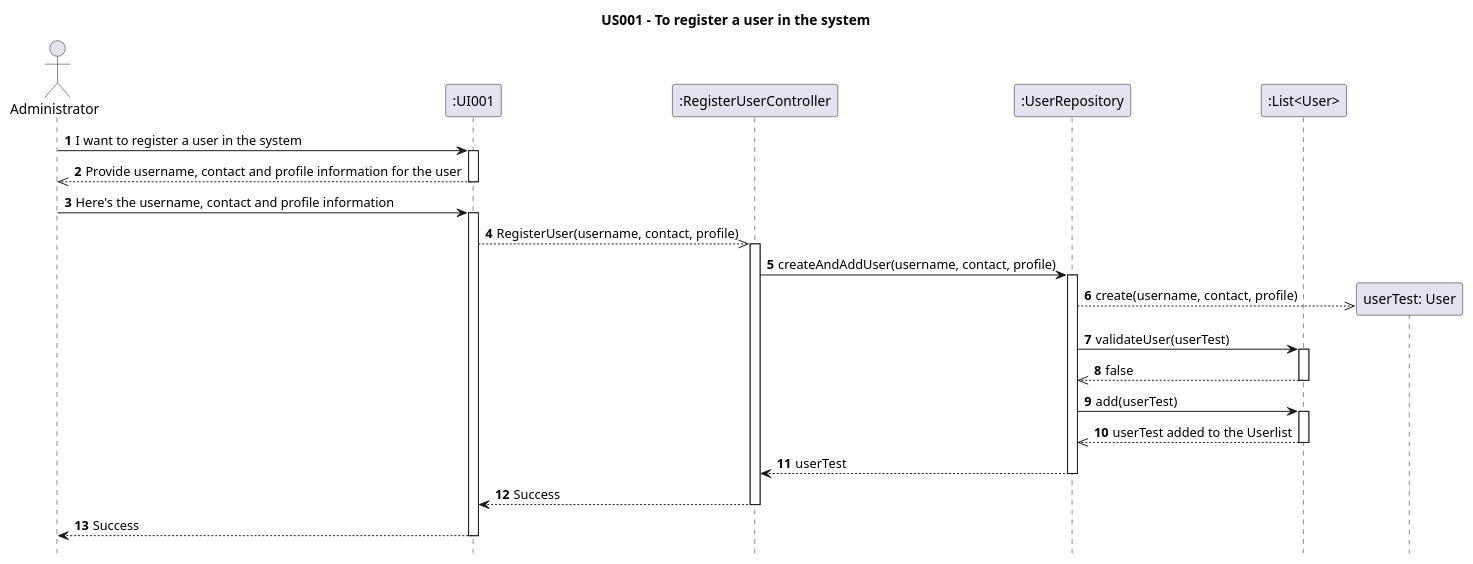
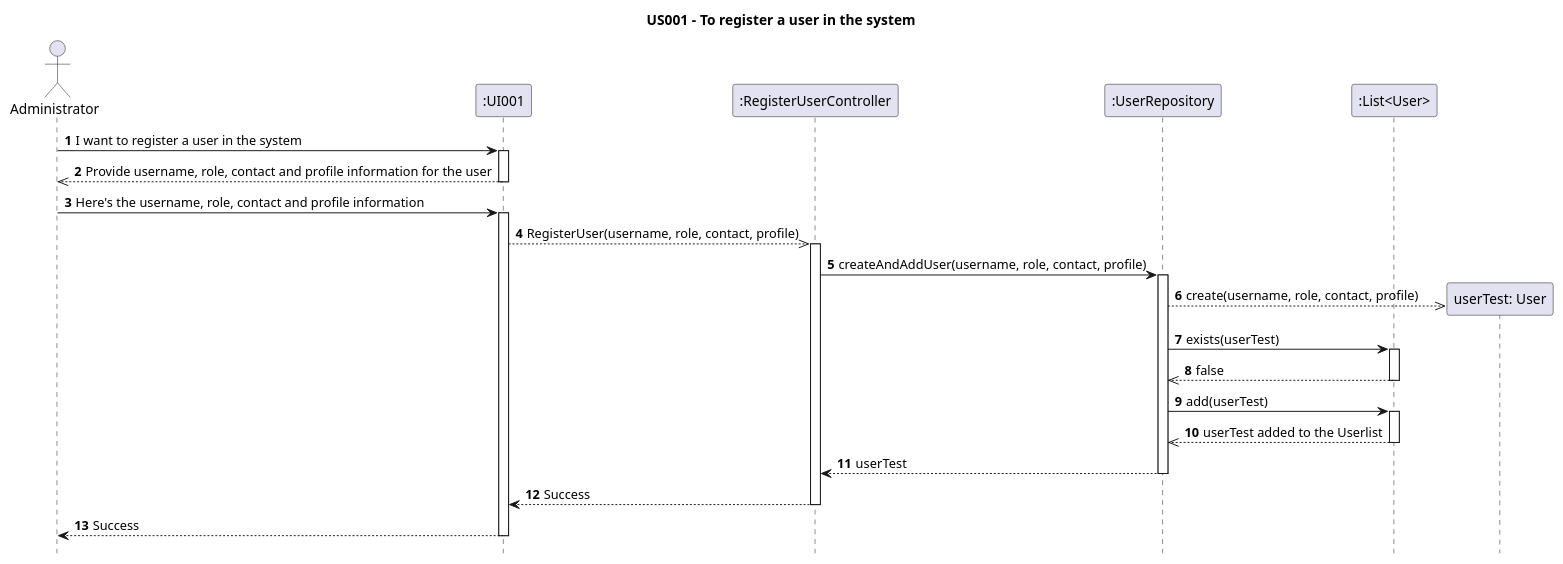
The diagram in Diagrams/SequenceDiagrams/N2/US001-to-register-a-user.puml (AndrePereiraGitH/SWitCH-Project-Team_A), drawn with PlantUML before and after one commit. The commit also changed 2 other files, not shown here.

Commit message:
Working on #210, Refactor US004 diagrams to introduce FactoryAppraisalEntity for object creation

```diff
--- a/Diagrams/SequenceDiagrams/N2/US001-to-register-a-user.puml
+++ b/Diagrams/SequenceDiagrams/N2/US001-to-register-a-user.puml
@@ -1,60 +1,60 @@
 @startuml
 
 hide footbox
 autonumber
 
 title US001 - To register a user in the system
 
 actor Administrator
 participant ":UI001" as UI
 
 participant ":RegisterUserController" as RegisterUserController
 
 participant ":UserRepository" as UserRepository
 
 participant ":List<User>"
 
 ' Human contact between Administrator and UI
 Administrator -> UI : I want to register a user in the system
 activate UI
-UI -->> Administrator :  Provide username, contact and profile information for the user
+UI -->> Administrator :  Provide username, role, contact and profile information for the user
 deactivate UI
 
-Administrator -> UI :  Here's the username, contact and profile information
+Administrator -> UI :  Here's the username, role, contact and profile information
 
 activate UI
 ' First contact between UI and the System
-UI -->> RegisterUserController : RegisterUser(username, contact, profile)
+UI -->> RegisterUserController : RegisterUser(username, role, contact, profile)
 activate RegisterUserController
 
-RegisterUserController -> UserRepository : createAndAddUser(username, contact, profile)
+RegisterUserController -> UserRepository : createAndAddUser(username, role, contact, profile)
 
 activate UserRepository
 ' Creation of u1 instance from User class
 create "userTest: User" as User
 
 ' Creation, validation and addition
-UserRepository -->> User : create(username, contact, profile)
-UserRepository -> ":List<User>"  : validateUser(userTest)
+UserRepository -->> User : create(username, role, contact, profile)
+UserRepository -> ":List<User>"  : exists(userTest)
 activate ":List<User>"
 ":List<User>" -->> UserRepository : false
 deactivate ":List<User>"
 
 UserRepository -> ":List<User>" : add(userTest)
 activate ":List<User>"
 ":List<User>" -->> UserRepository : userTest added to the Userlist
 deactivate ":List<User>"
 
 ' Return from UserRepository to RegisterUserController
 UserRepository --> RegisterUserController : userTest
 deactivate UserRepository
 
 ' Return from RegisterUserController to UI
 RegisterUserController --> UI : Success
 deactivate RegisterUserController
 
 ' Return from UI to Administrator
 UI --> Administrator : Success
 deactivate UI
 
 @enduml
```
